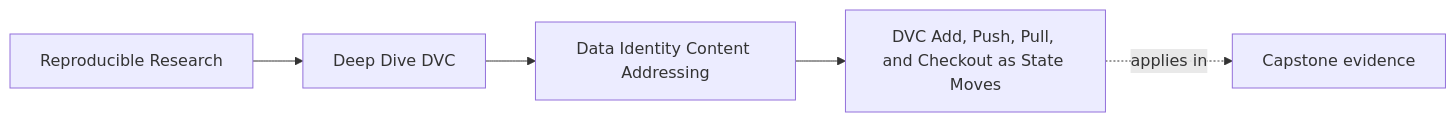
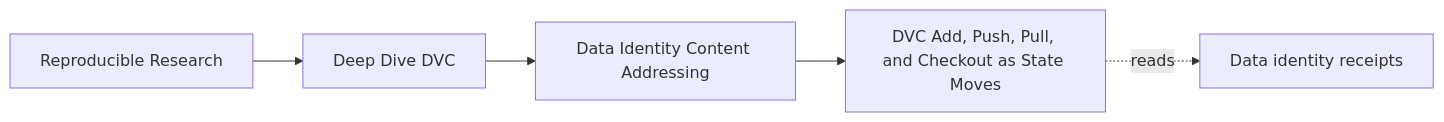
The first of 4 diagrams in programs/reproducible-research/deep-dive-dvc/course-book/module-02-data-identity-content-addressing/dvc-add-push-pull-and-checkout-as-state-moves.md (bijux/bijux-masterclass), drawn with Mermaid before and after one commit. The commit also changed other lines of this file, not shown here.

````diff
--- a/programs/reproducible-research/deep-dive-dvc/course-book/module-02-data-identity-content-addressing/dvc-add-push-pull-and-checkout-as-state-moves.md
+++ b/programs/reproducible-research/deep-dive-dvc/course-book/module-02-data-identity-content-addressing/dvc-add-push-pull-and-checkout-as-state-moves.md
@@ -7,11 +6,11 @@
 ```mermaid
 graph LR
   family["Reproducible Research"]
   program["Deep Dive DVC"]
   section["Data Identity Content Addressing"]
   page["DVC Add, Push, Pull, and Checkout as State Moves"]
-  capstone["Capstone evidence"]
+  capstone["Data identity receipts"]
 
   family --> program --> section --> page
-  page -.applies in.-> capstone
+  page -.reads.-> capstone
 ```
````
